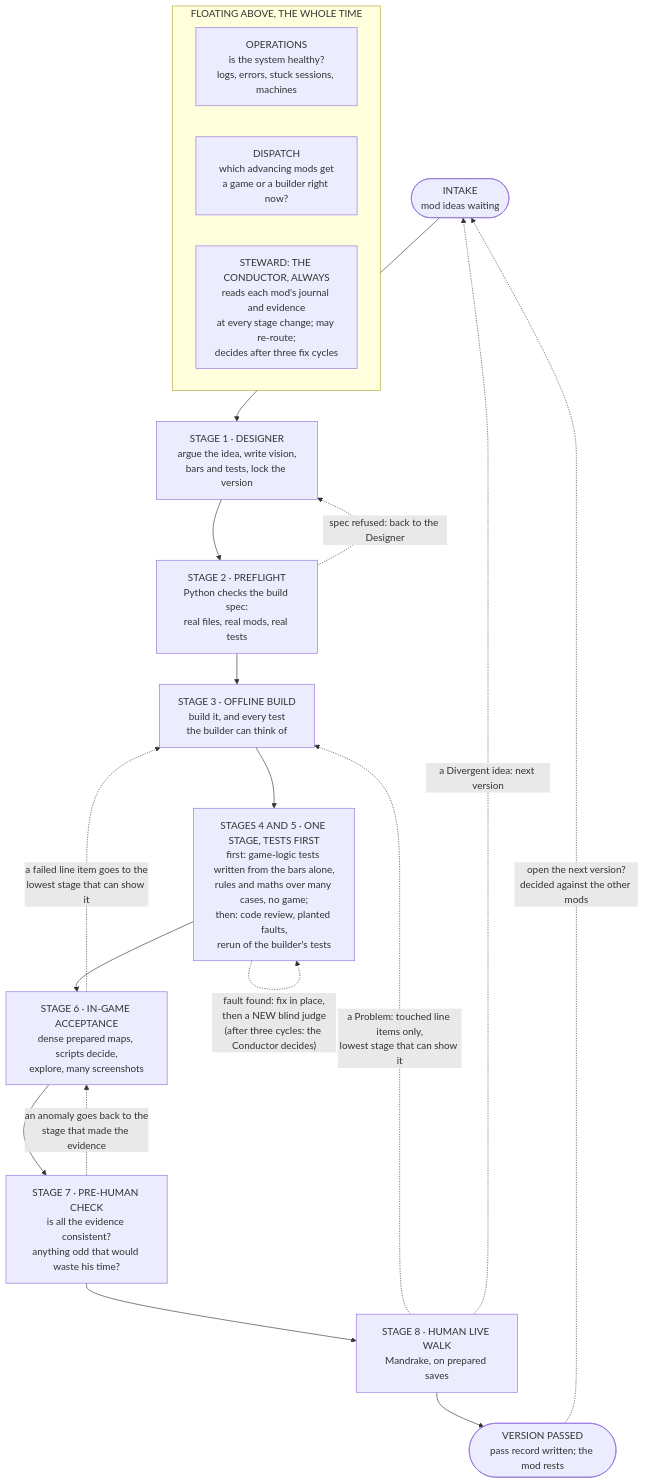
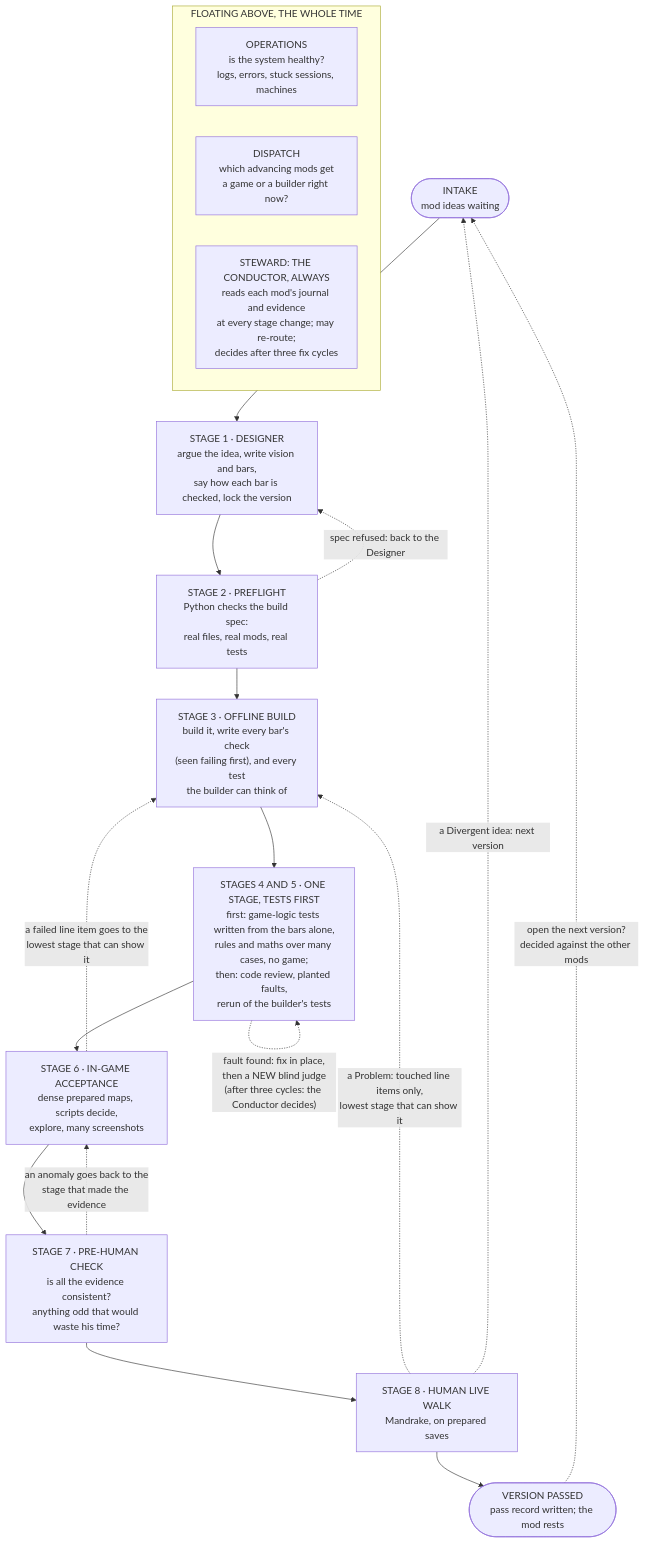
Before and after one commit to Lmandrake/RimMandrake: the diagram in design/specs/2026-11-13-maturation-pipeline.md, drawn with Mermaid. The commit also changed other lines of this file and 4 other files, not shown here.

````diff
--- a/design/specs/2026-11-13-maturation-pipeline.md
+++ b/design/specs/2026-11-13-maturation-pipeline.md
@@ -77,30 +78,30 @@
 ```mermaid
 flowchart TD
     subgraph ABOVE["FLOATING ABOVE, THE WHOLE TIME"]
         direction LR
         OPS["OPERATIONS<br/>is the system healthy?<br/>logs, errors, stuck sessions, machines"]
         DIS["DISPATCH<br/>which advancing mods get<br/>a game or a builder right now?"]
         STW["STEWARD: THE CONDUCTOR, ALWAYS<br/>reads each mod's journal and evidence<br/>at every stage change; may re-route;<br/>decides after three fix cycles"]
     end
 
     IN(["INTAKE<br/>mod ideas waiting"])
-    S1["STAGE 1 · DESIGNER<br/>argue the idea, write vision,<br/>bars and tests, lock the version"]
+    S1["STAGE 1 · DESIGNER<br/>argue the idea, write vision and bars,<br/>say how each bar is checked, lock the version"]
     S2["STAGE 2 · PREFLIGHT<br/>Python checks the build spec:<br/>real files, real mods, real tests"]
-    S3["STAGE 3 · OFFLINE BUILD<br/>build it, and every test<br/>the builder can think of"]
+    S3["STAGE 3 · OFFLINE BUILD<br/>build it, write every bar's check<br/>(seen failing first), and every test<br/>the builder can think of"]
     S4["STAGES 4 AND 5 · ONE STAGE, TESTS FIRST<br/>first: game-logic tests written from the bars alone,<br/>rules and maths over many cases, no game;<br/>then: code review, planted faults,<br/>rerun of the builder's tests"]
     S6["STAGE 6 · IN-GAME ACCEPTANCE<br/>dense prepared maps, scripts decide,<br/>explore, many screenshots"]
     S7["STAGE 7 · PRE-HUMAN CHECK<br/>is all the evidence consistent?<br/>anything odd that would waste his time?"]
     S8["STAGE 8 · HUMAN LIVE WALK<br/>Mandrake, on prepared saves"]
     PASS(["VERSION PASSED<br/>pass record written; the mod rests"])
 
     IN --> S1 --> S2 --> S3 --> S4 --> S6 --> S7 --> S8 --> PASS
 
     S2 -. "spec refused: back to the Designer" .-> S1
     S4 -. "fault found: fix in place,<br/>then a NEW blind judge<br/>(after three cycles: the Conductor decides)" .-> S4
     S6 -. "a failed line item goes to the<br/>lowest stage that can show it" .-> S3
     S7 -. "an anomaly goes back to the<br/>stage that made the evidence" .-> S6
     S8 -. "a Problem: touched line items only,<br/>lowest stage that can show it" .-> S3
     S8 -. "a Divergent idea: next version" .-> IN
     PASS -. "open the next version?<br/>decided against the other mods" .-> IN
 
 ```
````
